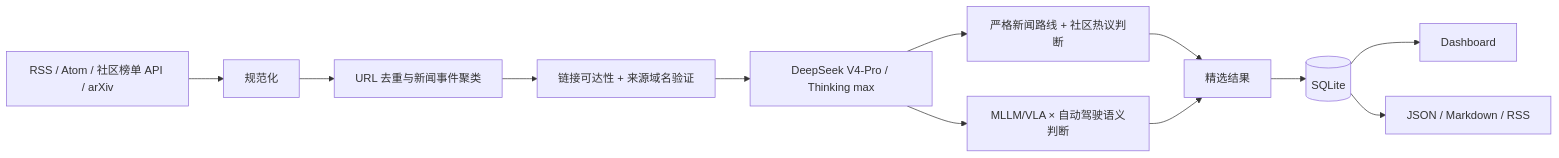
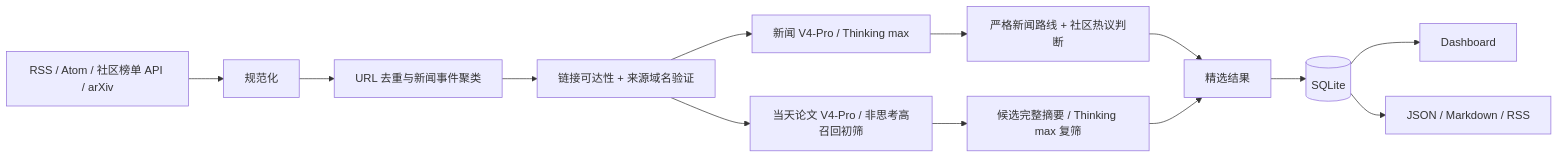
The diagram in README.md (Allthingsone/daily-ai-radar), drawn with Mermaid before and after one commit. The commit also changed other lines of this file and 33 other files, not shown here.

````diff
--- a/README.md
+++ b/README.md
@@ -90,14 +92,15 @@
 ```mermaid
 flowchart LR
     A[RSS / Atom / 社区榜单 API / arXiv] --> B[规范化]
     B --> C[URL 去重与新闻事件聚类]
     C --> V[链接可达性 + 来源域名验证]
-    V --> D[DeepSeek V4-Pro / Thinking max]
+    V --> D[新闻 V4-Pro / Thinking max]
+    V --> T[当天论文 V4-Pro / 非思考高召回初筛]
+    T --> F[候选完整摘要 / Thinking max 复筛]
     D --> E[严格新闻路线 + 社区热议判断]
-    D --> F[MLLM/VLA × 自动驾驶语义判断]
     E --> H[精选结果]
     F --> H
     H --> I[(SQLite)]
     I --> J[Dashboard]
     I --> K[JSON / Markdown / RSS]
 ```
````
